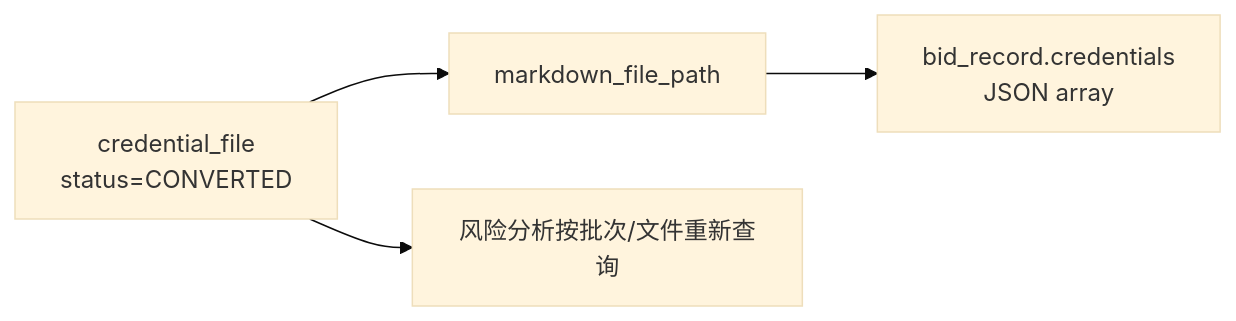
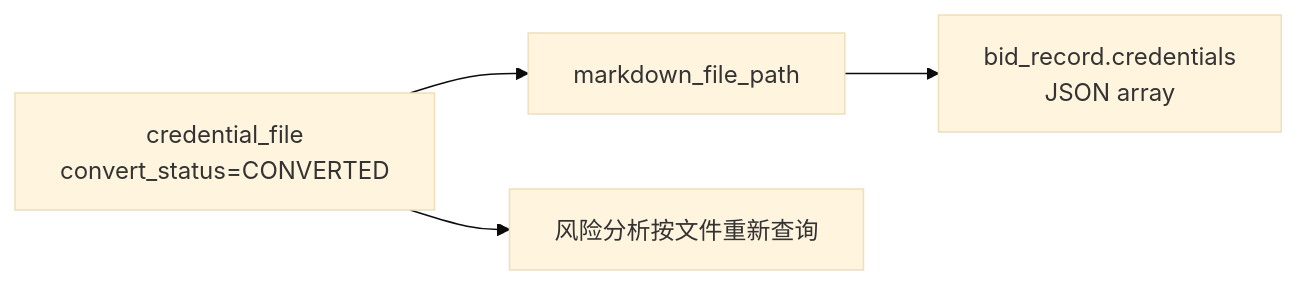
One commit to Jianshi-Lu/smart-bid-platform-be changed the third of 4 diagrams in docs/database.md. Above: the diagram before and after it, drawn with Mermaid (base theme). The commit also changed other lines of this file and 146 other files, not shown here.

````diff
--- a/docs/database.md
+++ b/docs/database.md
@@ -391,10 +396,10 @@
 ```mermaid
 flowchart LR
-    CF["credential_file<br/>status=CONVERTED"]
+    CF["credential_file<br/>convert_status=CONVERTED"]
     PATH["markdown_file_path"]
     JSON["bid_record.credentials<br/>JSON array"]
-    MERGE["风险分析按批次/文件重新查询"]
+    MERGE["风险分析按文件重新查询"]
 
     CF --> PATH --> JSON
     CF --> MERGE
 ```
````
